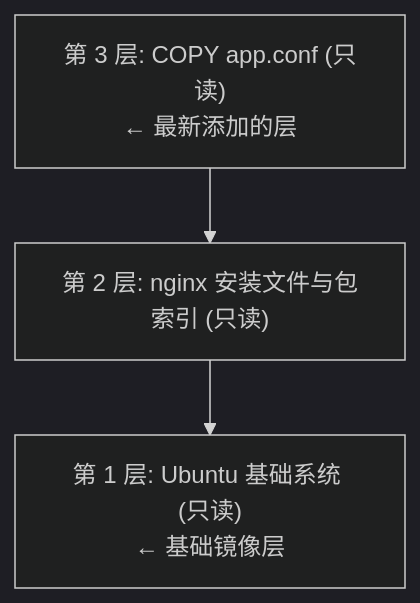
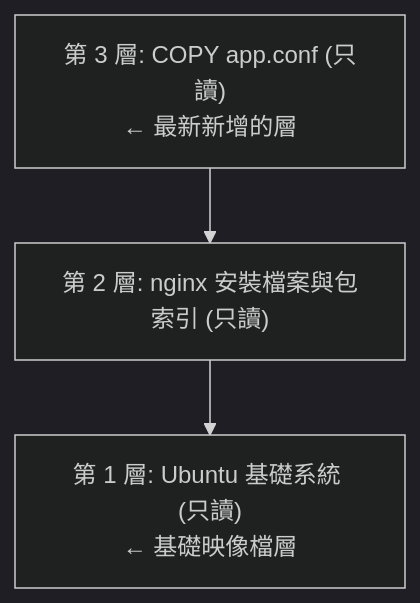
One commit to alexkuoecity/docker-practice-master-zh-tw changed the third of 3 diagrams in 02_basic_concept/2.1_image.md. Above: the diagram before and after it, drawn with Mermaid (dark theme). The commit also changed other lines of this file and 200 other files, not shown here.

````diff
--- a/02_basic_concept/2.1_image.md
+++ b/02_basic_concept/2.1_image.md
@@ -99,8 +99,8 @@
 ```mermaid
 flowchart TD
-    Layer3["第 3 层: COPY app.conf (只读)<br/>← 最新添加的层"]
-    Layer2["第 2 层: nginx 安装文件与包索引 (只读)"]
-    Layer1["第 1 层: Ubuntu 基础系统 (只读)<br/>← 基础镜像层"]
+    Layer3["第 3 層: COPY app.conf (只讀)<br/>← 最新新增的層"]
+    Layer2["第 2 層: nginx 安裝檔案與包索引 (只讀)"]
+    Layer1["第 1 層: Ubuntu 基礎系統 (只讀)<br/>← 基礎映像檔層"]
 
     Layer3 --> Layer2 --> Layer1
 ```
````
